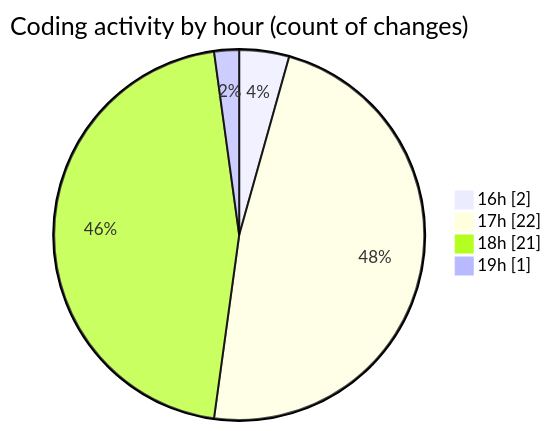
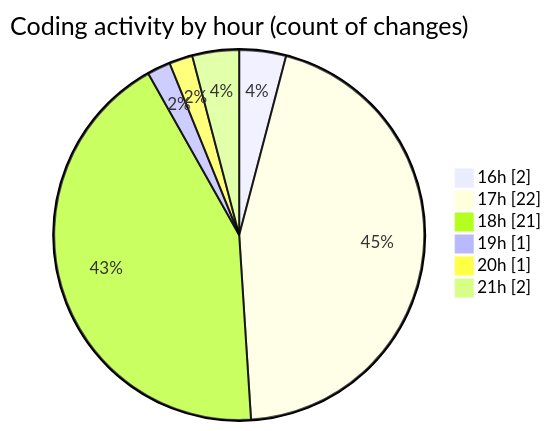
Before and after one commit to Elitesun/code-tracking: the second of 2 diagrams in 2025-01-24/react/README.md, drawn with Mermaid. The commit also changed other lines of this file and 1 other file, not shown here.

````diff
--- a/2025-01-24/react/README.md
+++ b/2025-01-24/react/README.md
@@ -36,8 +39,10 @@
 ```mermaid
 pie showData
 title Coding activity by hour (count of changes)
 "16h" : 2
 "17h" : 22
 "18h" : 21
 "19h" : 1
+"20h" : 1
+"21h" : 2
 ```
````
